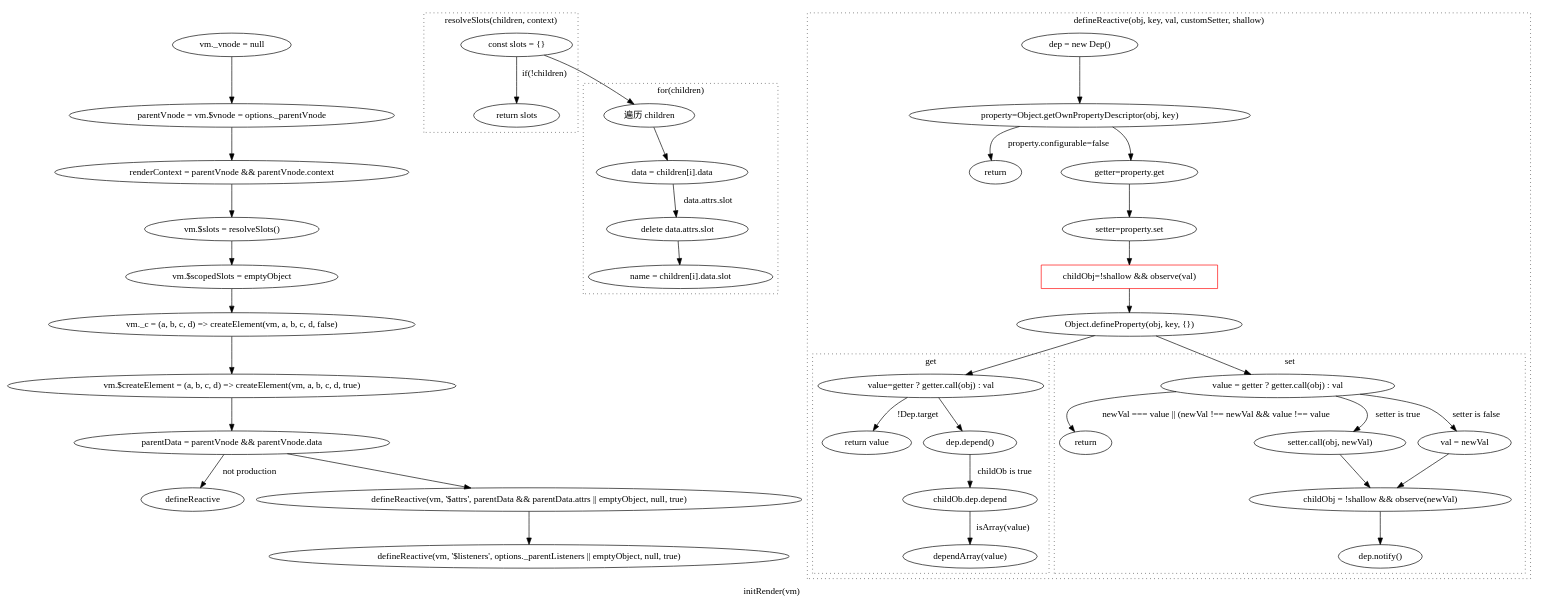
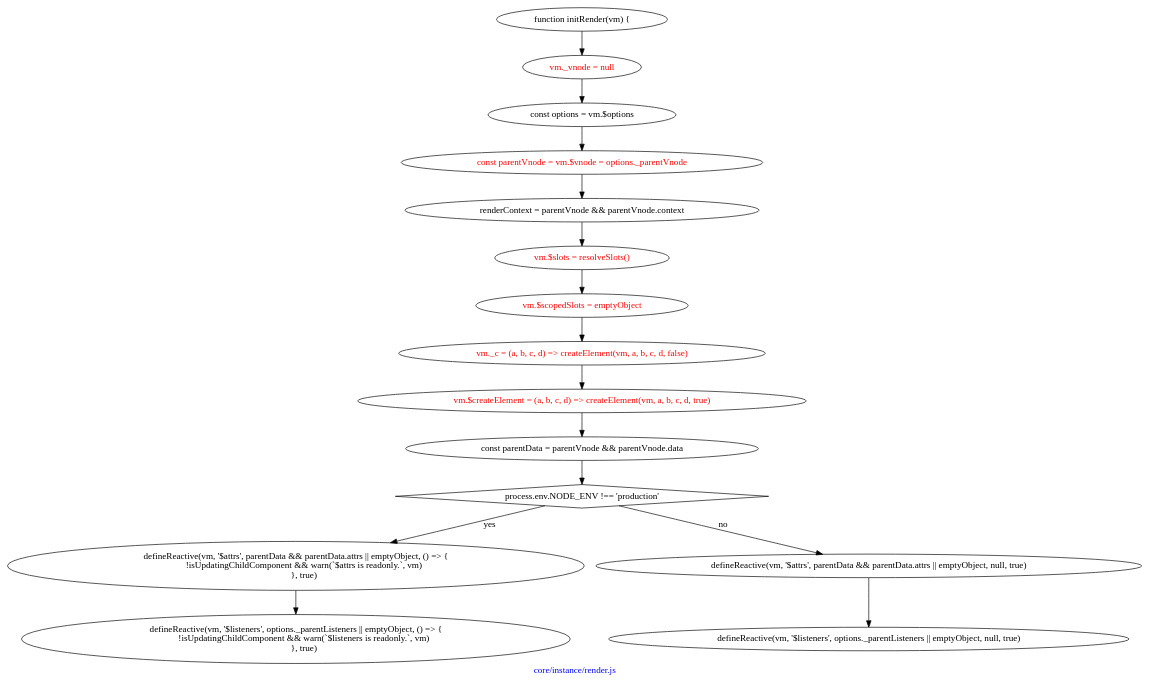
Before and after one commit to ltaoo/vueSourceAnalysis: the diagram in initRender.gv, drawn with Graphviz. The commit also changed 17 other files, not shown here.

```diff
--- a/initRender.gv
+++ b/initRender.gv
@@ -1,199 +1,80 @@
 digraph G {
-    label="initRender(vm)"
+    graph [
+        label="core/instance/render.js"
+        fontcolor=blue
+    ]
+
+    start [
+        label="function initRender(vm) {"
+    ]
 
     setVNode [
         label="vm._vnode = null"
+        fontcolor=red
     ]
-
-    getParentVnode [
-        label="parentVnode = vm.$vnode = options._parentVnode"
+    start -> setVNode
+    varOptions [
+        label="const options = vm.$options"
     ]
-
-    setVNode -> getParentVnode
-
-    getContext [
+    setVNode -> varOptions
+    varParentVnode [
+        label="const parentVnode = vm.$vnode = options._parentVnode"
+        fontcolor=red
+    ]
+    varOptions -> varParentVnode
+    varContext [
         label="renderContext = parentVnode && parentVnode.context"
     ]
-
-    getParentVnode -> getContext
-
+    varParentVnode -> varContext
     setSlots [
         label="vm.$slots = resolveSlots()"
+        fontcolor=red
     ]
-
-    getContext -> setSlots
-
+    varContext -> setSlots
     setScopeSlots [
         label="vm.$scopedSlots = emptyObject"
+        fontcolor=red
     ]
-
     setSlots -> setScopeSlots
-
     setCFunc [
         label="vm._c = (a, b, c, d) => createElement(vm, a, b, c, d, false)"
+        fontcolor=red
     ]
-
     setScopeSlots -> setCFunc
-
     setCreateElementFunc [
         label="vm.$createElement = (a, b, c, d) => createElement(vm, a, b, c, d, true)"
+        fontcolor=red
     ]
+    setCFunc -> setCreateElementFunc
+    varParentData [
+        label="const parentData = parentVnode && parentVnode.data"
+    ]
+    setCreateElementFunc -> varParentData
+    notProduction [
+        label="process.env.NODE_ENV !== 'production'"
+        shape=diamond
+    ]
+    varParentData -> notProduction
+    defineReactive0 [
+        label="defineReactive(vm, '$attrs', parentData && parentData.attrs || emptyObject, () => {
+        !isUpdatingChildComponent && warn(`$attrs is readonly.`, vm)
+        }, true)"
+    ]
+    notProduction -> defineReactive0 [label="yes"]
 
-    setCFunc -> setCreateElementFunc
+    defineReactive1 [
+        label="defineReactive(vm, '$listeners', options._parentListeners || emptyObject, () => {
+        !isUpdatingChildComponent && warn(`$listeners is readonly.`, vm)
+        }, true)"
+    ]
+    defineReactive0 -> defineReactive1
 
-    getParentData [
-        label="parentData = parentVnode && parentVnode.data"
-    ]
-
-    setCreateElementFunc -> getParentData
-
-    getParentData -> defineReactive [label="not production"]
-
-    defineReactiveOfAttrs [
+    defineReactive2 [
         label="defineReactive(vm, '$attrs', parentData && parentData.attrs || emptyObject, null, true)"
     ]
-    getParentData -> defineReactiveOfAttrs
-
-    defineReactiveOfListeners [
+    notProduction -> defineReactive2 [label="no"]
+    defineReactive3 [
         label="defineReactive(vm, '$listeners', options._parentListeners || emptyObject, null, true)"
     ]
-
-    defineReactiveOfAttrs -> defineReactiveOfListeners
-
-    subgraph cluster_resolveSlots {
-        graph [style=dotted]
-        label="resolveSlots(children, context)"
-
-        initSlots [
-            label="const slots = {}"
-        ]
-
-        returnValue [
-            label="return slots"
-        ]
-        initSlots -> returnValue [label="if(!children)"]
-    }
-    subgraph cluster_for {
-        graph[style=dotted]
-        label="for(children)"
-
-        forChildren [
-            label="遍历 children"
-        ]
-        getData [
-            label="data = children[i].data"
-        ]
-
-        initSlots -> forChildren
-        forChildren -> getData
-
-        deleteSolt [
-            label="delete data.attrs.slot"
-        ]
-
-        getData -> deleteSolt [label="data.attrs.slot"]
-
-        getName [
-            label="name = children[i].data.slot"
-        ]
-        deleteSolt -> getName
-        
-    }
-
-    subgraph cluster_defineReactive {
-        graph[style=dotted]
-        label="defineReactive(obj, key, val, customSetter, shallow)"
-
-        getDep [
-            label="dep = new Dep()"
-        ]
-
-        getProperty [
-            label="property=Object.getOwnPropertyDescriptor(obj, key)"
-        ]
-
-        getDep -> getProperty
-        getProperty -> return [label="property.configurable=false"]
-        getGetter [
-            label="getter=property.get"
-        ]
-        getSetter [
-            label="setter=property.set"
-        ]
-        getProperty -> getGetter
-        getGetter -> getSetter
-
-        getChildOb [
-            label="childObj=!shallow && observe(val)"
-            shape=rect
-            color=red
-        ]
-        // 获得观察者
-        getSetter -> getChildOb
-
-        setSetAndGet [
-            label="Object.defineProperty(obj, key, {})"
-        ]
-
-        getChildOb -> setSetAndGet
-        setSetAndGet -> getValue
-        subgraph cluster_reactiveGetter {
-            label="get"
-            getValue [
-                label="value=getter ? getter.call(obj) : val"
-            ]
-            returnGetValue [
-                label="return value"
-            ]
-            getValue -> returnGetValue [label="!Dep.target"]
-            callDepend [
-                label="dep.depend()"
-            ]
-            getValue -> callDepend
-            callChildObDepend [
-                label="childOb.dep.depend"
-            ]
-
-            callDepend -> callChildObDepend [label="childOb is true"]
-
-            dependArray [
-                label="dependArray(value)"
-            ]
-
-            callChildObDepend -> dependArray [label="isArray(value)"]
-        }
-        setSetAndGet -> getSetValue
-        subgraph cluster_reactiveSetter {
-            label="set"
-
-            getSetValue [
-                label="value = getter ? getter.call(obj) : val"
-            ]
-
-            getSetValue -> returnSetValue [label="newVal === value || (newVal !== newVal && value !== value"]
-
-            returnSetValue [
-                label="return"
-            ]
-            callSetter [
-                label="setter.call(obj, newVal)"
-            ]
-            getSetValue -> callSetter [label="setter is true"]
-            setVal [
-                label="val = newVal"
-            ]
-            getSetValue -> setVal [label="setter is false"]
-            notify [
-                label="dep.notify()"
-            ]
-
-            resetChildObj [
-                label="childObj = !shallow && observe(newVal)"
-            ]
-            callSetter -> resetChildObj
-            setVal -> resetChildObj
-
-            resetChildObj -> notify
-        }
-    }
+    defineReactive2 -> defineReactive3
 }
```
